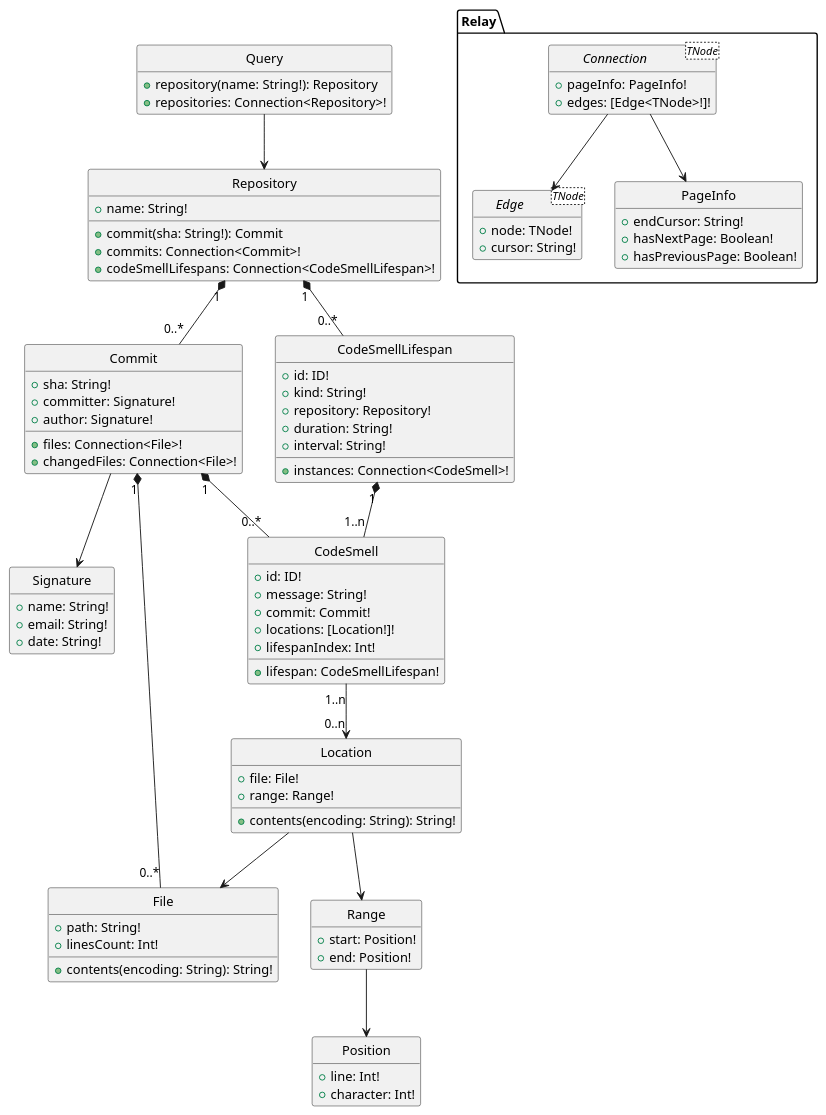
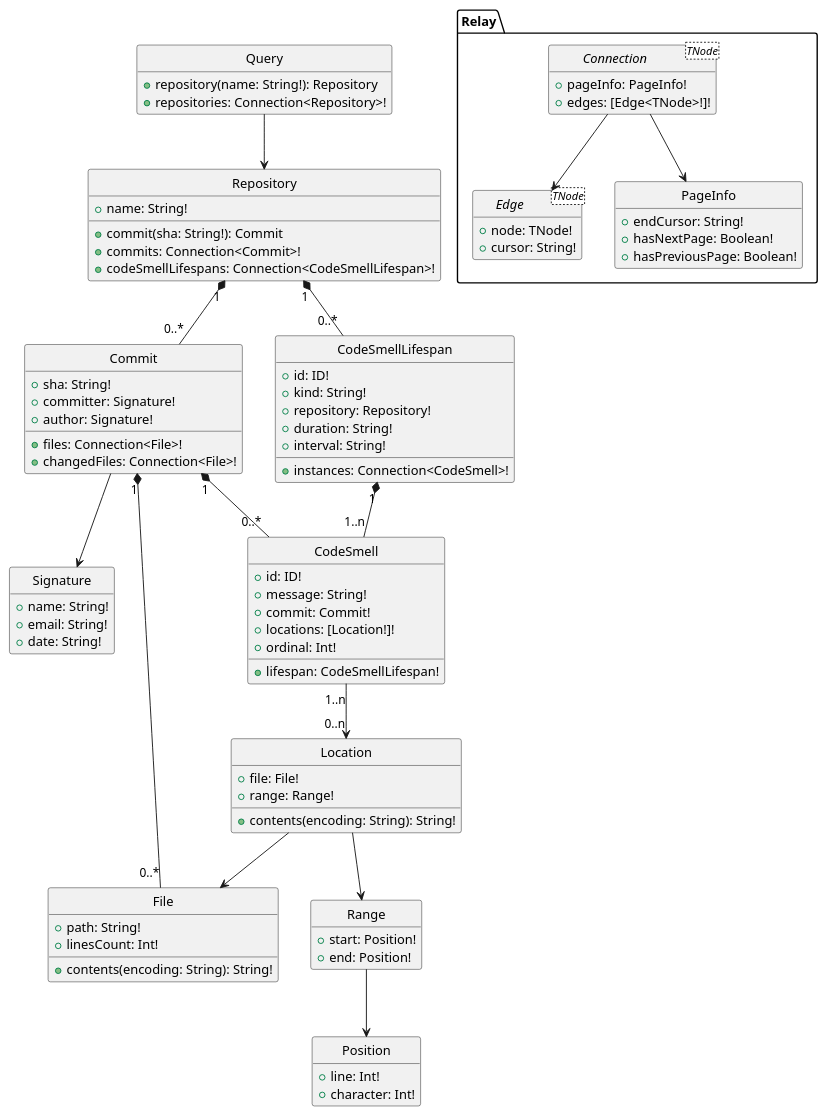
The diagram in schema/graphql.plantuml (felixfbecker/olfaction), drawn with PlantUML before and after one commit. The commit also changed 11 other files, not shown here.

Commit message:
Rename lifespanIndex -> ordinal

```diff
--- a/schema/graphql.plantuml
+++ b/schema/graphql.plantuml
@@ -1,97 +1,97 @@
 @startuml GraphQL
 hide circle
 hide empty members
 
 class Query {
   {method} +repository(name: String!): Repository
   {method} +repositories: Connection<Repository>!
 }
 Query --> Repository
 
 class Repository {
   +name: String!
   {method} +commit(sha: String!): Commit
   {method} +commits: Connection<Commit>!
   {method} +codeSmellLifespans: Connection<CodeSmellLifespan>!
 }
 Repository "1" *-- "0..*" Commit
 Repository "1" *-- "0..*" CodeSmellLifespan
 
 class Commit {
   +sha: String!
   +committer: Signature!
   +author: Signature!
   {method} +files: Connection<File>!
   {method} +changedFiles: Connection<File>!
 }
 Commit --> Signature
 Commit "1" *-- "0..*" CodeSmell
 Commit "1" *-- "0..*" File
 
 class Signature {
   +name: String!
   +email: String!
   +date: String!
 }
 
 class CodeSmell {
   +id: ID!
   +message: String!
   +commit: Commit!
   +locations: [Location!]!
-  +lifespanIndex: Int!
+  +ordinal: Int!
   {method} +lifespan: CodeSmellLifespan!
 }
 CodeSmell "1..n" --> "0..n" Location
 
 class Location {
   +file: File!
   +range: Range!
   +contents(encoding: String): String!
 }
 Location --> Range
 Location --> File
 class Range {
   +start: Position!
   +end: Position!
 }
 Range --> Position
 class Position {
   +line: Int!
   +character: Int!
 }
 
 class CodeSmellLifespan {
   +id: ID!
   +kind: String!
   +repository: Repository!
   +duration: String!
   +interval: String!
   {method} +instances: Connection<CodeSmell>!
 }
 CodeSmellLifespan "1" *-- "1..n" CodeSmell
 
 class File {
   +path: String!
   +linesCount: Int!
   +contents(encoding: String): String!
 }
 
 namespace Relay {
   interface Connection<TNode> {
     +pageInfo: PageInfo!
     +edges: [Edge<TNode>!]!
   }
   Connection --> Edge
   Connection --> PageInfo
   class PageInfo {
     +endCursor: String!
     +hasNextPage: Boolean!
     +hasPreviousPage: Boolean!
   }
   interface Edge<TNode> {
     +node: TNode!
     +cursor: String!
   }
 }
 @enduml
```
